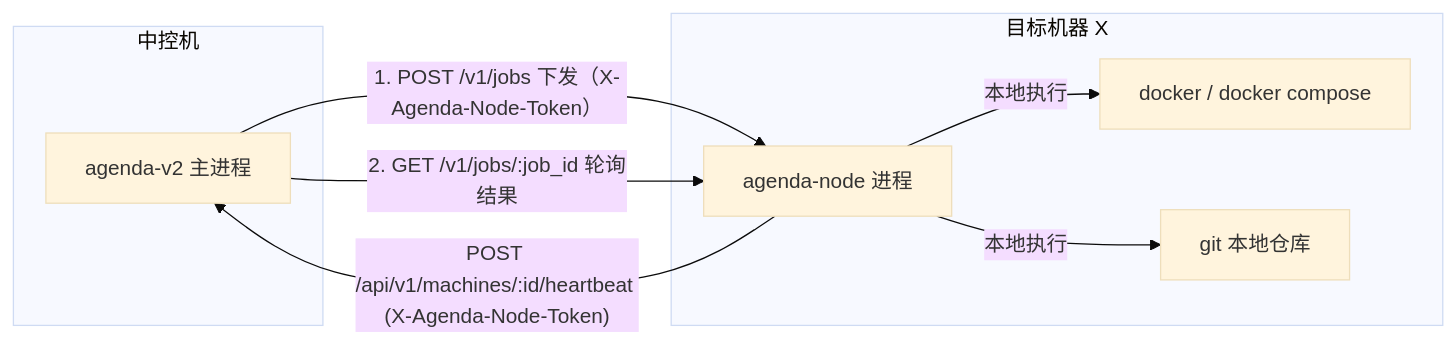
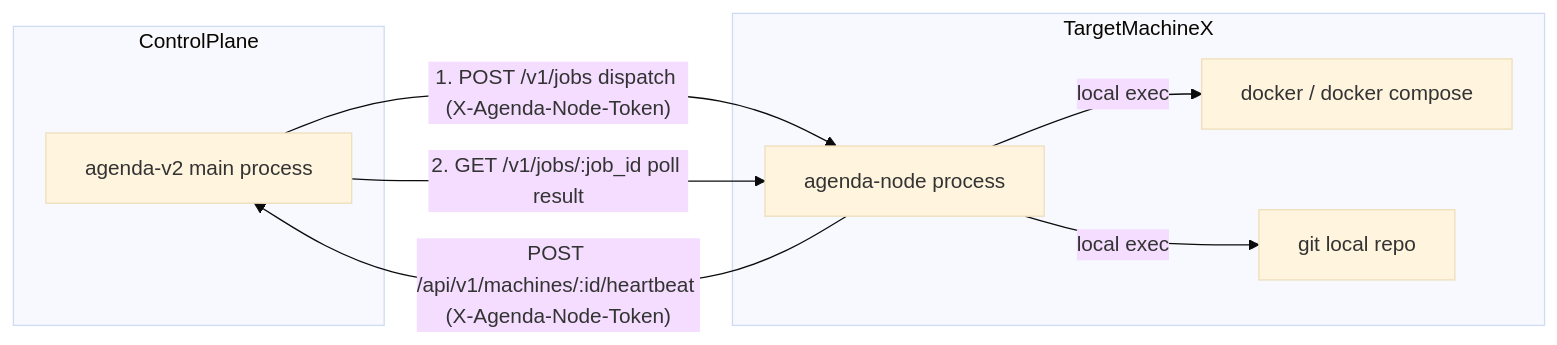
One commit to FredrickUnderwood/Agenda-V2 changed the first of 2 diagrams in doc/agenda-node-tech-design.md. Above: the diagram before and after it, drawn with Mermaid (base theme). The commit also changed other lines of this file and 5 other files, not shown here.

````diff
--- a/doc/agenda-node-tech-design.md
+++ b/doc/agenda-node-tech-design.md
@@ -46,17 +87,17 @@
 ```mermaid
 graph LR
-    subgraph 中控机
-        A[agenda-v2 主进程]
+    subgraph ControlPlane
+        A[agenda-v2 main process]
     end
-    subgraph 目标机器 X
-        N[agenda-node 进程]
+    subgraph TargetMachineX
+        N[agenda-node process]
         D[docker / docker compose]
-        G[git 本地仓库]
+        G[git local repo]
     end
 
-    A -- "1. POST /v1/jobs 下发（X-Agenda-Node-Token）" --> N
-    N -- "本地执行" --> D
-    N -- "本地执行" --> G
-    A -- "2. GET /v1/jobs/:job_id 轮询结果" --> N
+    A -- "1. POST /v1/jobs dispatch (X-Agenda-Node-Token)" --> N
+    N -- "local exec" --> D
+    N -- "local exec" --> G
+    A -- "2. GET /v1/jobs/:job_id poll result" --> N
     N -- "POST /api/v1/machines/:id/heartbeat (X-Agenda-Node-Token)" --> A
 ```
````
